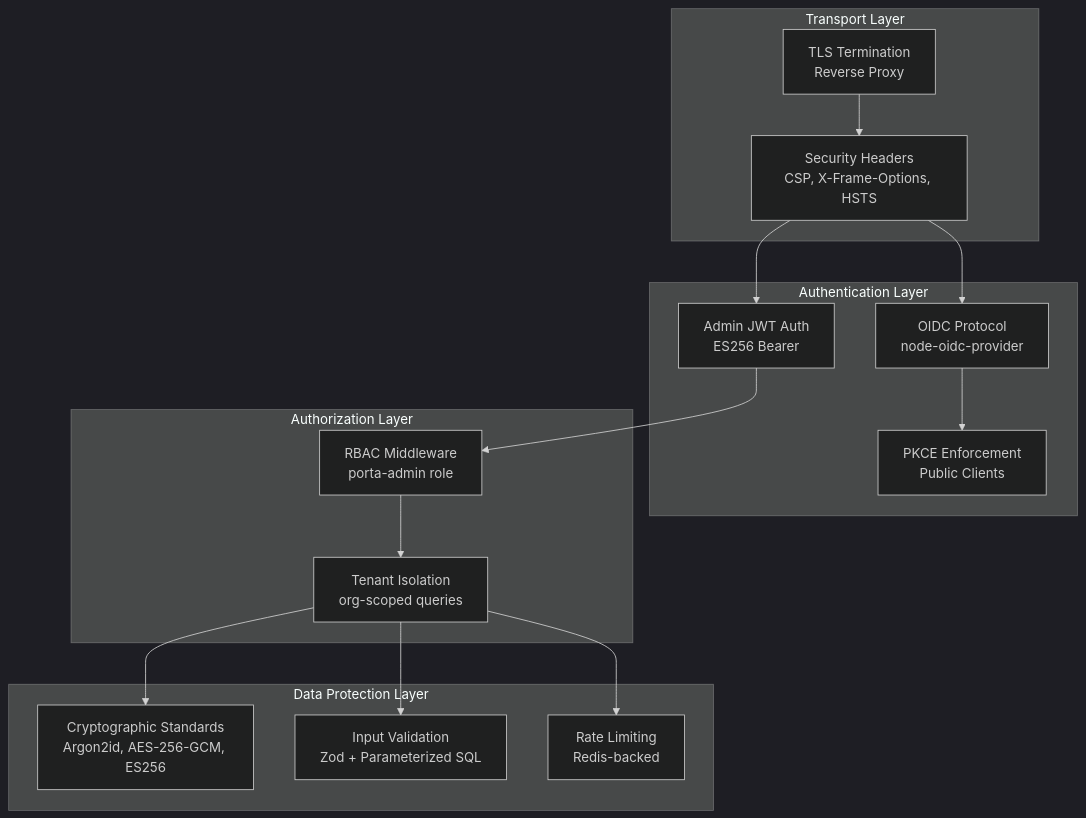
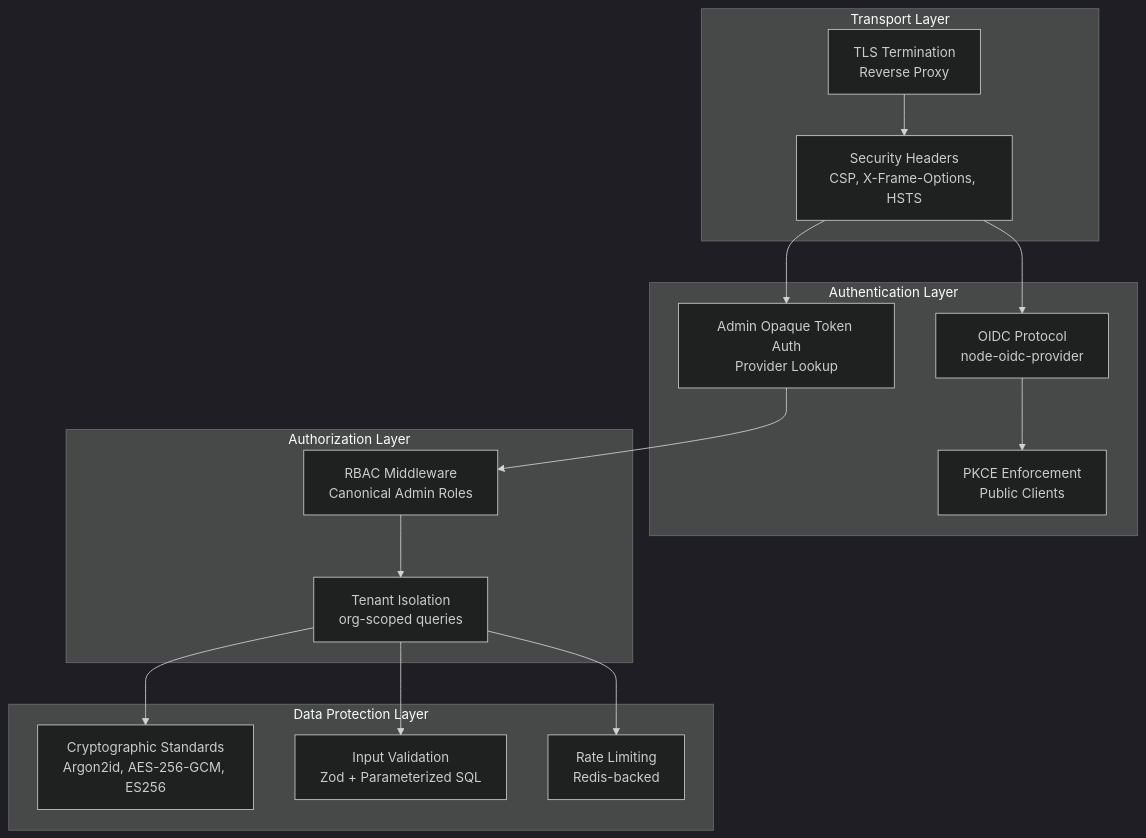
One commit to blendsdk/porta-identity changed the first of 2 diagrams in techdocs/architecture/security.md. Above: the diagram before and after it, drawn with Mermaid (dark theme). The commit also changed other lines of this file and 4 other files, not shown here.

First line of the commit message:
docs(architecture): record application-qualified authority

````diff
--- a/techdocs/architecture/security.md
+++ b/techdocs/architecture/security.md
@@ -11,34 +11,34 @@
 ```mermaid
 graph TB
     subgraph "Transport Layer"
         TLS[TLS Termination<br/>Reverse Proxy]
         HEADERS[Security Headers<br/>CSP, X-Frame-Options, HSTS]
     end
 
     subgraph "Authentication Layer"
         OIDC[OIDC Protocol<br/>node-oidc-provider]
-        ADMIN_AUTH[Admin JWT Auth<br/>ES256 Bearer]
+        ADMIN_AUTH[Admin Opaque Token Auth<br/>Provider Lookup]
         PKCE[PKCE Enforcement<br/>Public Clients]
     end
 
     subgraph "Authorization Layer"
-        RBAC[RBAC Middleware<br/>porta-admin role]
+        RBAC[RBAC Middleware<br/>Canonical Admin Roles]
         TENANT[Tenant Isolation<br/>org-scoped queries]
     end
 
     subgraph "Data Protection Layer"
         CRYPTO[Cryptographic Standards<br/>Argon2id, AES-256-GCM, ES256]
         INPUT[Input Validation<br/>Zod + Parameterized SQL]
         RATE[Rate Limiting<br/>Redis-backed]
     end
 
     TLS --> HEADERS
     HEADERS --> OIDC
     HEADERS --> ADMIN_AUTH
     OIDC --> PKCE
     ADMIN_AUTH --> RBAC
     RBAC --> TENANT
     TENANT --> CRYPTO
     TENANT --> INPUT
     TENANT --> RATE
 ```
````
